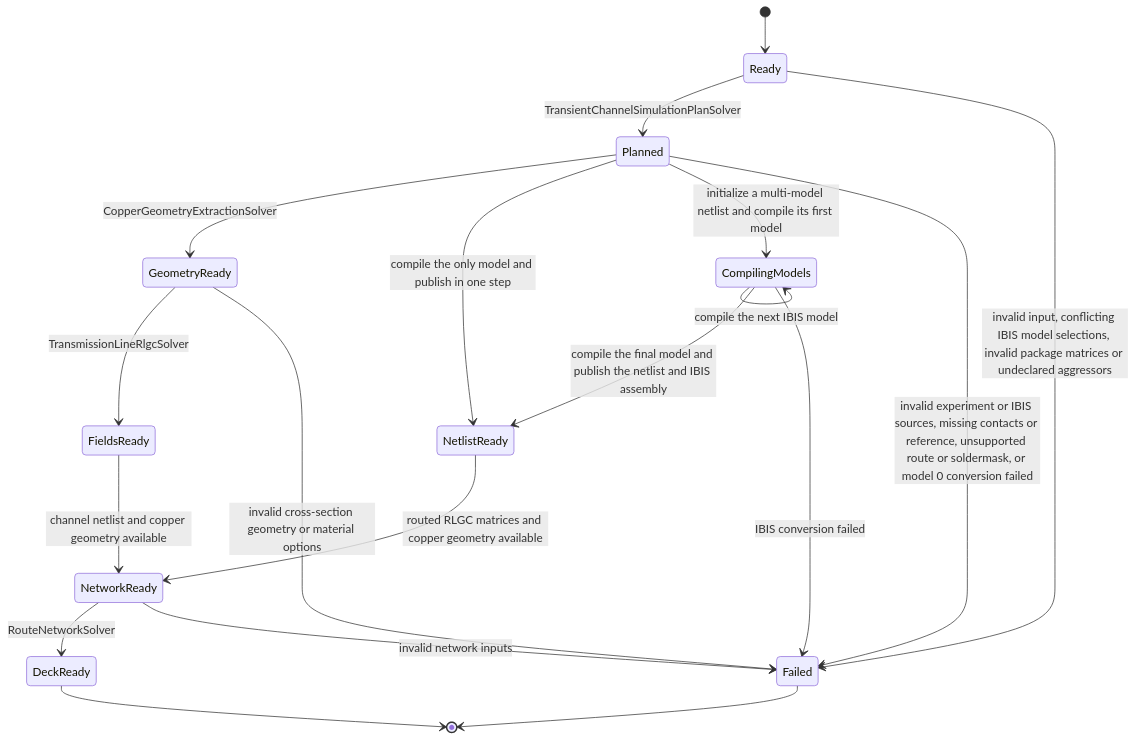
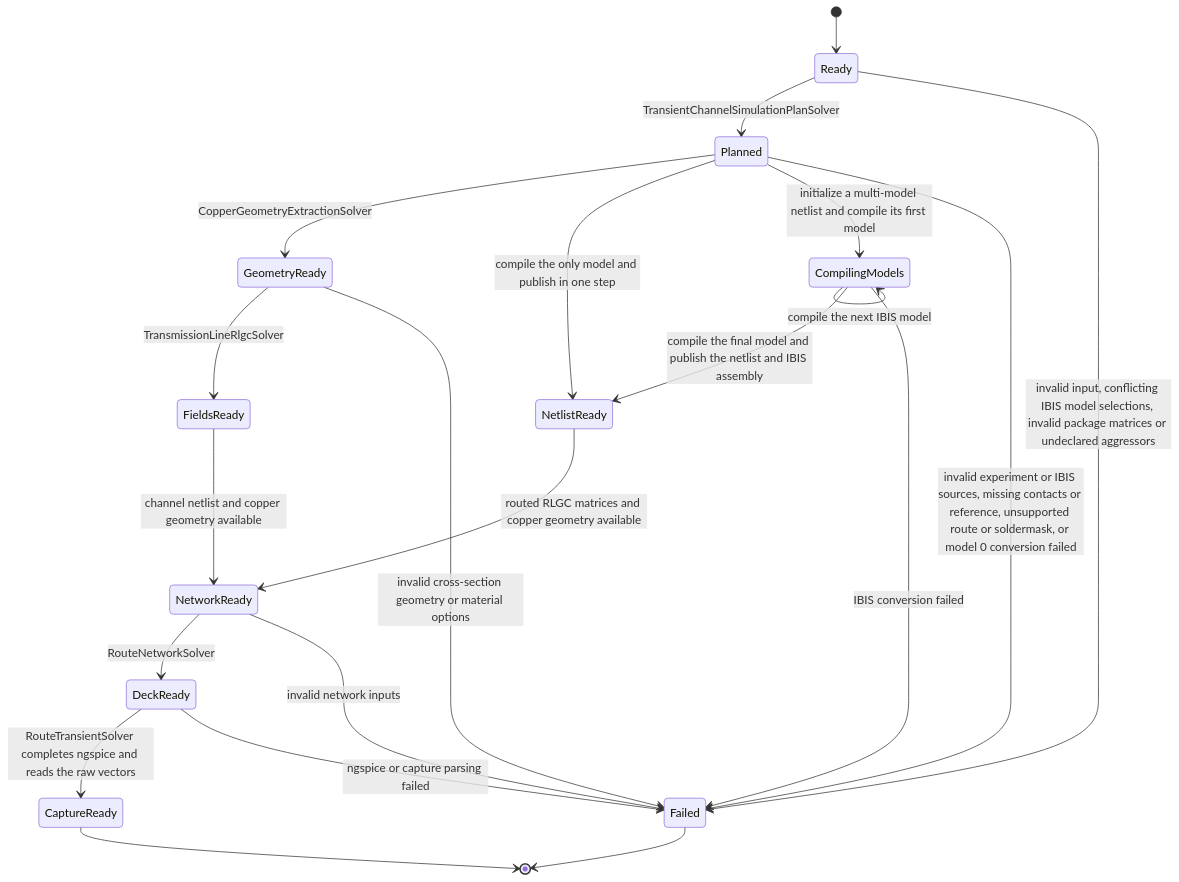
The second of 4 diagrams in README.md (tscircuit/signal-integrity-pipeline), drawn with Mermaid before and after one commit. The commit also changed other lines of this file and 7 other files, not shown here.

````diff
--- a/README.md
+++ b/README.md
@@ -47,21 +50,23 @@
 ```mermaid
 stateDiagram-v2
   [*] --> Ready
   Ready --> Planned: TransientChannelSimulationPlanSolver
   Planned --> GeometryReady: CopperGeometryExtractionSolver
   GeometryReady --> FieldsReady: TransmissionLineRlgcSolver
   Planned --> NetlistReady: compile the only model and publish in one step
   Planned --> CompilingModels: initialize a multi-model netlist and compile its first model
   CompilingModels --> CompilingModels: compile the next IBIS model
   CompilingModels --> NetlistReady: compile the final model and publish the netlist and IBIS assembly
   Planned --> Failed: invalid experiment or IBIS sources, missing contacts or reference, unsupported route or soldermask, or model 0 conversion failed
   CompilingModels --> Failed: IBIS conversion failed
   GeometryReady --> Failed: invalid cross-section geometry or material options
   Ready --> Failed: invalid input, conflicting IBIS model selections, invalid package matrices or undeclared aggressors
   FieldsReady --> NetworkReady: channel netlist and copper geometry available
   NetlistReady --> NetworkReady: routed RLGC matrices and copper geometry available
   NetworkReady --> DeckReady: RouteNetworkSolver
   NetworkReady --> Failed: invalid network inputs
-  DeckReady --> [*]
+  DeckReady --> CaptureReady: RouteTransientSolver completes ngspice and reads the raw vectors
+  DeckReady --> Failed: ngspice or capture parsing failed
+  CaptureReady --> [*]
   Failed --> [*]
 ```
````
